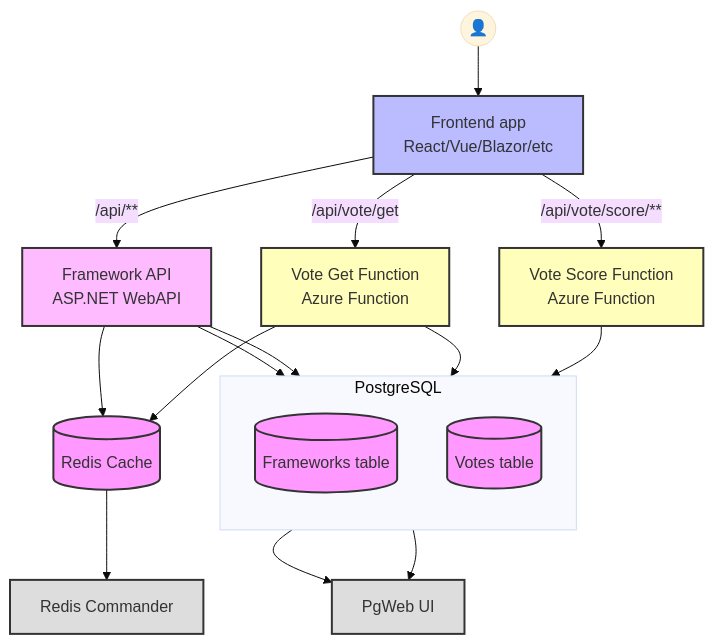
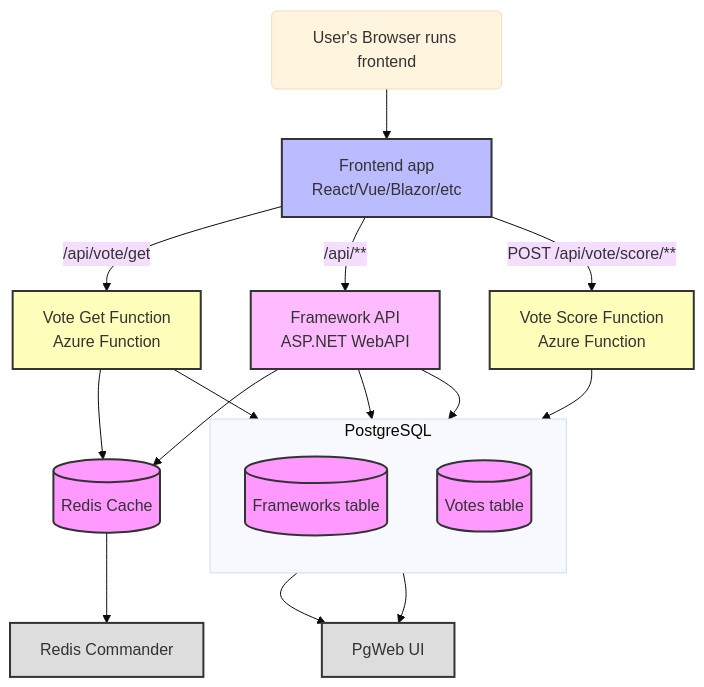
One commit to robrich/aspire-accelerator-workshop changed the diagram in 1-everything/architecture-dev.md. Above: the diagram before and after it, drawn with Mermaid (base theme). The commit also changed 5 other files, not shown here.

````diff
--- a/1-everything/architecture-dev.md
+++ b/1-everything/architecture-dev.md
@@ -6,52 +6,52 @@
 ```mermaid
 graph TB
     %% Services
     frontend[Frontend app<br/>React/Vue/Blazor/etc]
     frameworkApi[Framework API<br/>ASP.NET WebAPI]
     funcVoteGet[Vote Get Function<br/>Azure Function]
     funcVoteScore[Vote Score Function<br/>Azure Function]
     redis[(Redis Cache)]
     pgweb[PgWeb UI]
     redisCommander[Redis Commander]
 
     %% PostgreSQL grouped tables
     subgraph postgresDB[PostgreSQL]
         direction TB
         frameworksTable[(Frameworks table)]
         votesTable[(Votes table)]
     end
 
     %% Database connections
     frameworksTable --> pgweb
     votesTable --> pgweb
     redis --> redisCommander
 
     %% Service dependencies
     frontend --> |/api/vote/get| funcVoteGet
-    frontend --> |/api/vote/score/**| funcVoteScore
     frontend --> |/api/**| frameworkApi
+    frontend --> |POST /api/vote/score/**| funcVoteScore
 
     frameworkApi --> frameworksTable
     frameworkApi --> votesTable
     frameworkApi --> redis
 
     funcVoteGet --> votesTable
     funcVoteGet --> redis
 
     funcVoteScore --> votesTable
 
-    user((👤)) --> frontend
+    user(User's Browser runs frontend) --> frontend
 
     %% Styling
     classDef database fill:#f9f,stroke:#333,stroke-width:2px
     classDef frontend fill:#bbf,stroke:#333,stroke-width:2px
     classDef function fill:#ffb,stroke:#333,stroke-width:2px
     classDef api fill:#fbf,stroke:#333,stroke-width:2px
     classDef ui fill:#ddd,stroke:#333,stroke-width:2px
 
     class frameworksTable,votesTable,redis database
     class frontend frontend
     class funcVoteGet,funcVoteScore function
     class frameworkApi api
     class pgweb,redisCommander ui
 ```
````
